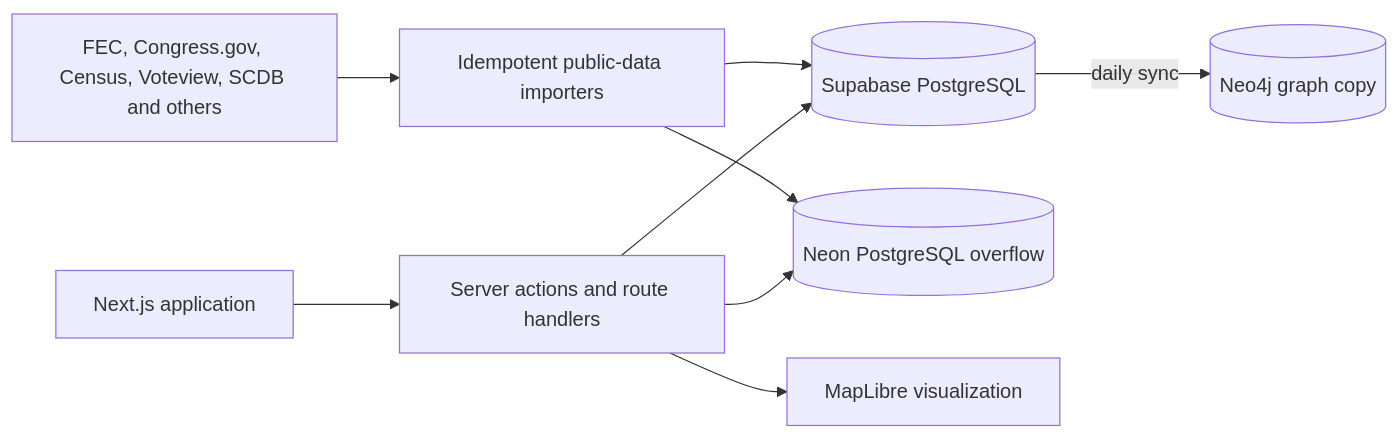
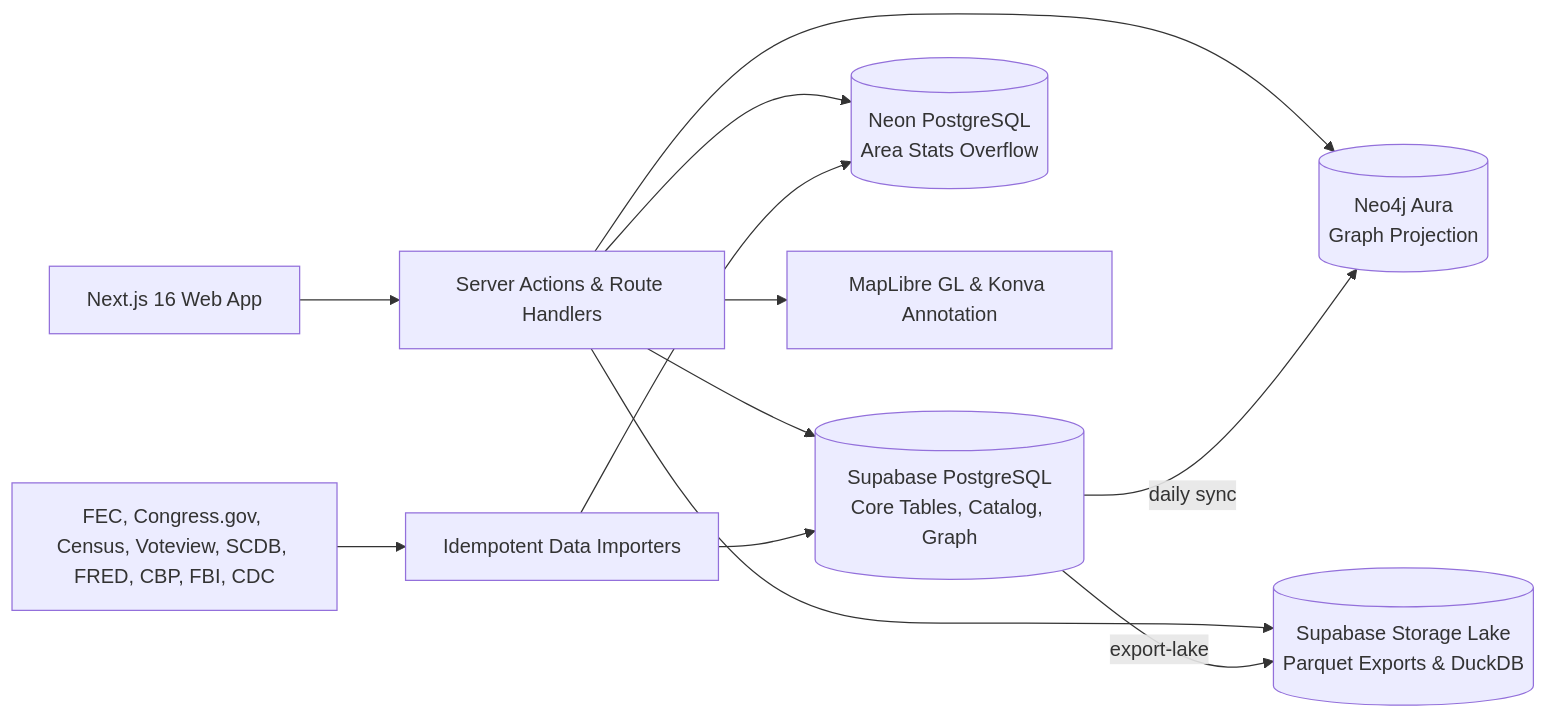
One commit to PrestonParis/worldview changed the diagram in README.md. Above: the diagram before and after it, drawn with Mermaid. The commit also changed other lines of this file and 2 other files, not shown here.

````diff
--- a/README.md
+++ b/README.md
@@ -27,11 +35,14 @@
 ```mermaid
 flowchart LR
-    Browser[Next.js application] --> Actions[Server actions and route handlers]
-    Actions --> Postgres[(Supabase PostgreSQL)]
-    Actions --> Neon[(Neon PostgreSQL overflow)]
-    Imports[Idempotent public-data importers] --> Postgres
+    Browser[Next.js 16 Web App] --> Actions[Server Actions & Route Handlers]
+    Actions --> Postgres[(Supabase PostgreSQL\nCore Tables, Catalog, Graph)]
+    Actions --> Neon[(Neon PostgreSQL\nArea Stats Overflow)]
+    Actions --> Neo4j[(Neo4j Aura\nGraph Projection)]
+    Actions --> Lake[(Supabase Storage Lake\nParquet Exports & DuckDB)]
+    Imports[Idempotent Data Importers] --> Postgres
     Imports --> Neon
-    Postgres -- daily sync --> Neo4j[(Neo4j graph copy)]
-    Sources[FEC, Congress.gov, Census, Voteview, SCDB and others] --> Imports
-    Actions --> Maps[MapLibre visualization]
+    Postgres -- daily sync --> Neo4j
+    Postgres -- export-lake --> Lake
+    Sources[FEC, Congress.gov, Census, Voteview, SCDB, FRED, CBP, FBI, CDC] --> Imports
+    Actions --> Maps[MapLibre GL & Konva Annotation]
 ```
````
